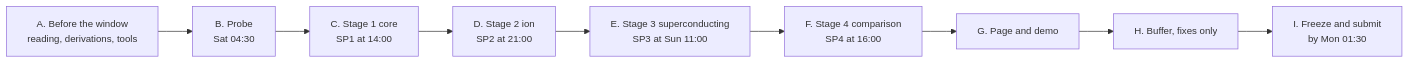
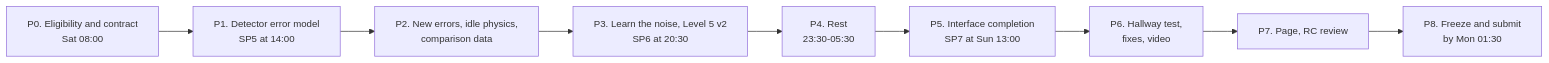
One commit to sahilmp/signal-to-syndrome changed the diagram in docs/signal-to-syndrome-execution-checklist.md. Above: the diagram before and after it, drawn with Mermaid. The commit also changed other lines of this file and 4 other files, not shown here.

````diff
--- a/docs/signal-to-syndrome-execution-checklist.md
+++ b/docs/signal-to-syndrome-execution-checklist.md
@@ -50,12 +52,12 @@
 ```mermaid
 %%{init: {"flowchart": {"curve": "step", "nodeSpacing": 40, "rankSpacing": 50}, "themeVariables": {"fontSize": "14px"}}}%%
 flowchart LR
-    A["A. Before the window<br/>reading, derivations, tools"] --> B["B. Probe<br/>Sat 04:30"]
-    B --> C["C. Stage 1 core<br/>SP1 at 14:00"]
-    C --> D["D. Stage 2 ion<br/>SP2 at 21:00"]
-    D --> E["E. Stage 3 superconducting<br/>SP3 at Sun 11:00"]
-    E --> F["F. Stage 4 comparison<br/>SP4 at 16:00"]
-    F --> G["G. Page and demo"]
-    G --> H["H. Buffer, fixes only"]
-    H --> I["I. Freeze and submit<br/>by Mon 01:30"]
+    P0["P0. Eligibility and contract<br/>Sat 08:00"] --> P1["P1. Detector error model<br/>SP5 at 14:00"]
+    P1 --> P2["P2. New errors, idle physics,<br/>comparison data"]
+    P2 --> P3["P3. Learn the noise, Level 5 v2<br/>SP6 at 20:30"]
+    P3 --> P4["P4. Rest<br/>23:30-05:30"]
+    P4 --> P5["P5. Interface completion<br/>SP7 at Sun 13:00"]
+    P5 --> P6["P6. Hallway test,<br/>fixes, video"]
+    P6 --> P7["P7. Page, RC review"]
+    P7 --> P8["P8. Freeze and submit<br/>by Mon 01:30"]
 ```
````
